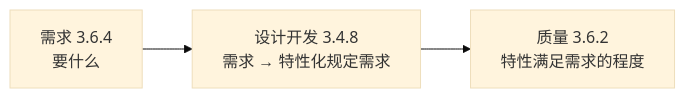
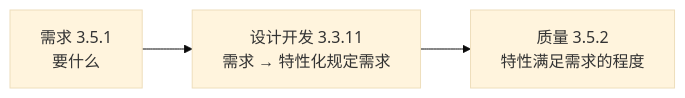
Diagram 11 of 17 in 100-subprojects/01-系统工程研究/00-系统工程相关研究报告/01-设计开发概念研究报告-从需求到质量基座.md (Yongjunzhou/AOS-system-design), drawn with Mermaid (base theme) before and after one commit. The commit also changed other lines of this file and 38 other files, not shown here.

````diff
--- a/100-subprojects/01-系统工程研究/00-系统工程相关研究报告/01-设计开发概念研究报告-从需求到质量基座.md
+++ b/100-subprojects/01-系统工程研究/00-系统工程相关研究报告/01-设计开发概念研究报告-从需求到质量基座.md
@@ -551,5 +570,5 @@
 ```mermaid
 flowchart LR
-    A["需求 3.6.4<br/>要什么"] --> B["设计开发 3.4.8<br/>需求 → 特性化规定需求"]
-    B --> C["质量 3.6.2<br/>特性满足需求的程度"]
+    A["需求 3.5.1<br/>要什么"] --> B["设计开发 3.3.11<br/>需求 → 特性化规定需求"]
+    B --> C["质量 3.5.2<br/>特性满足需求的程度"]
 ```
````
